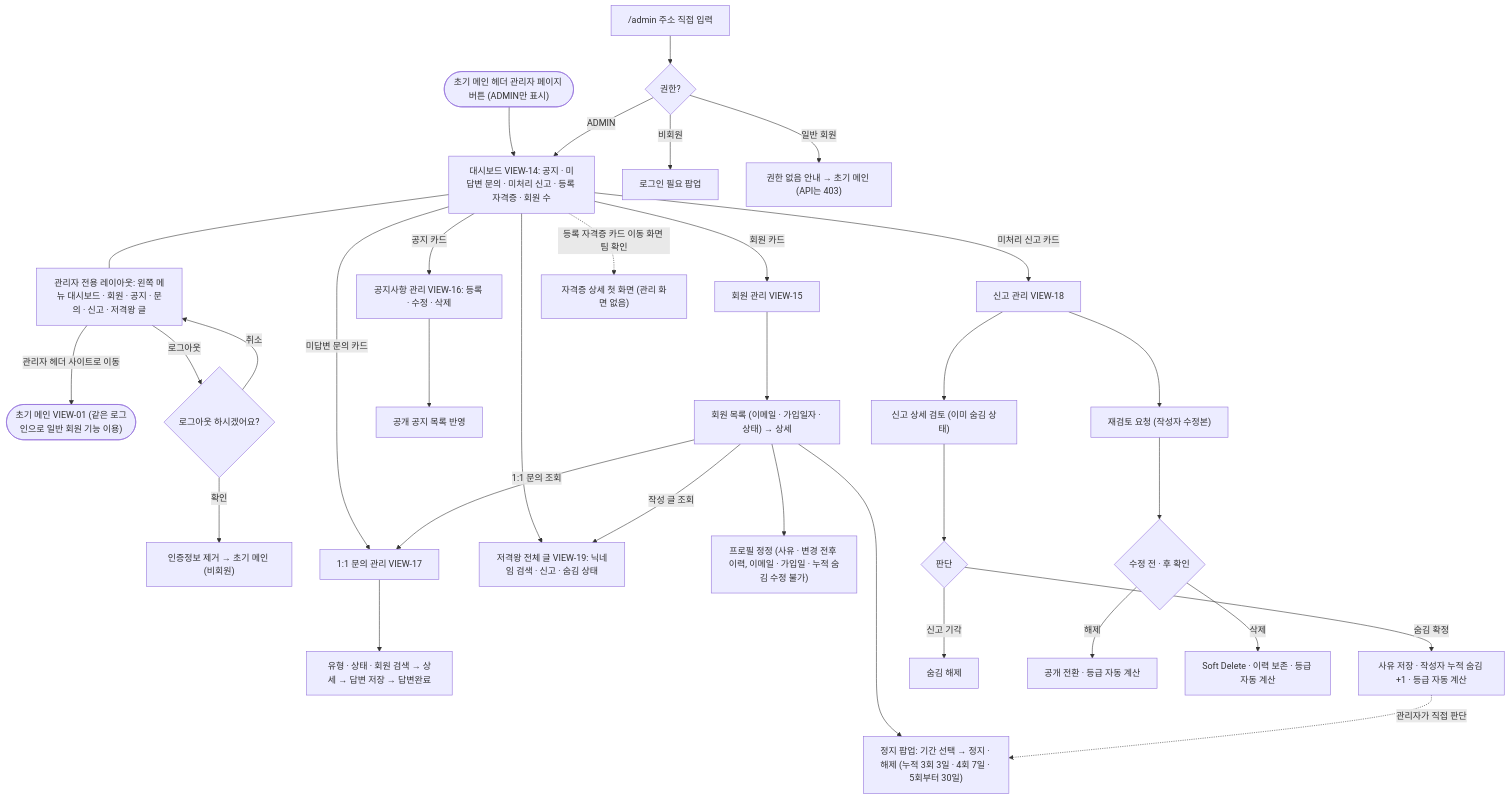
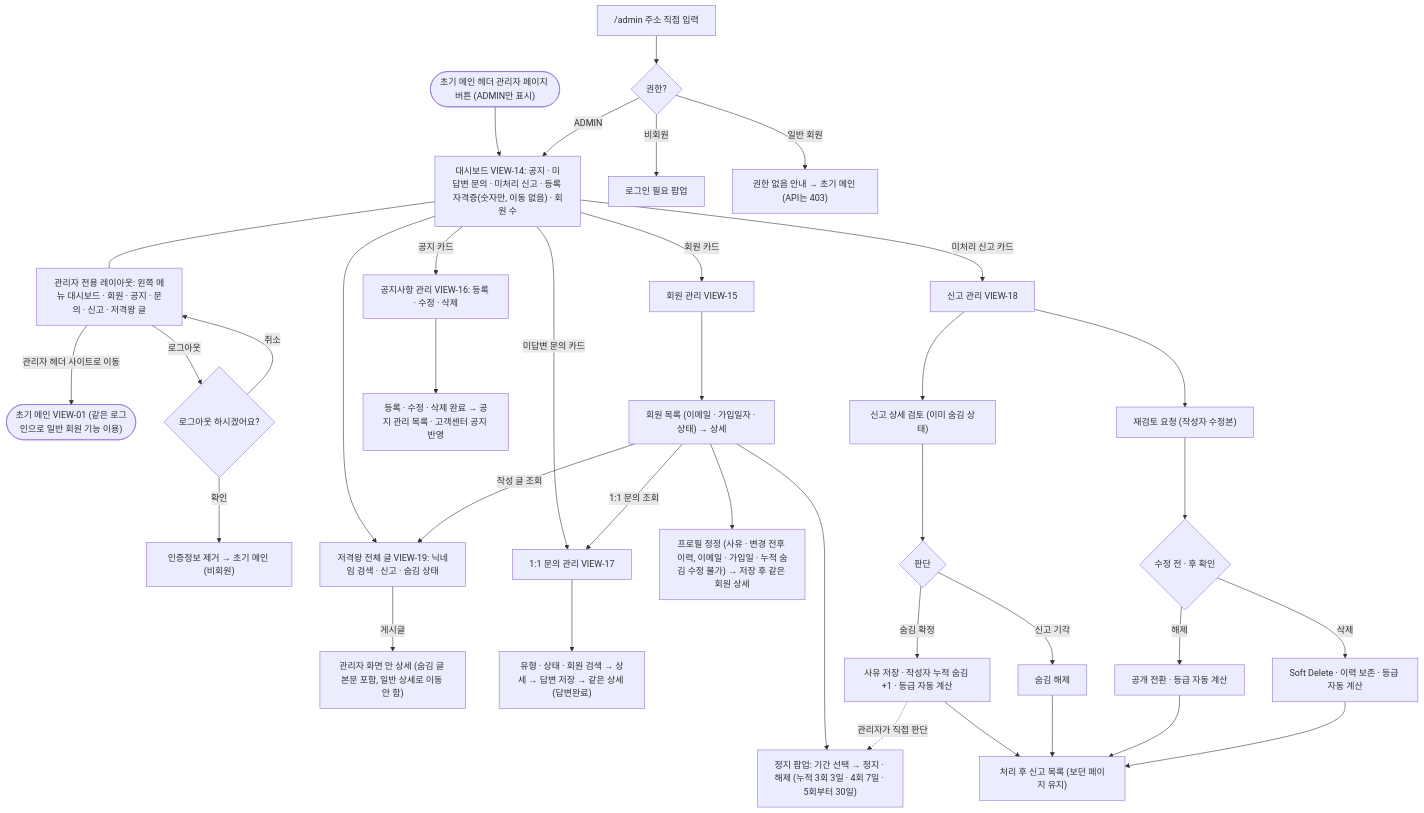
Before and after one commit to team-ap-cert-sniper/cert-sniper: the tenth of 12 diagrams in docs/FLOWCHART.md, drawn with Mermaid. The commit also changed other lines of this file and 27 other files, not shown here.

````diff
--- a/docs/FLOWCHART.md
+++ b/docs/FLOWCHART.md
@@ -344,35 +350,39 @@
 ```mermaid
 flowchart TD
-  A(["초기 메인 헤더 관리자 페이지 버튼 (ADMIN만 표시)"]) --> D["대시보드 VIEW-14: 공지 · 미답변 문의 · 미처리 신고 · 등록 자격증 · 회원 수"]
+  A(["초기 메인 헤더 관리자 페이지 버튼 (ADMIN만 표시)"]) --> D["대시보드 VIEW-14: 공지 · 미답변 문의 · 미처리 신고 · 등록 자격증(숫자만, 이동 없음) · 회원 수"]
   URL["/admin 주소 직접 입력"] --> B{"권한?"}
   B -->|비회원| NP["로그인 필요 팝업"]
   B -->|일반 회원| N["권한 없음 안내 → 초기 메인 (API는 403)"]
   B -->|ADMIN| D
   D --- LAY["관리자 전용 레이아웃: 왼쪽 메뉴 대시보드 · 회원 · 공지 · 문의 · 신고 · 저격왕 글"]
   LAY -->|관리자 헤더 사이트로 이동| MAIN(["초기 메인 VIEW-01 (같은 로그인으로 일반 회원 기능 이용)"])
   LAY -->|로그아웃| LO{"로그아웃 하시겠어요?"}
   LO -->|확인| OUT["인증정보 제거 → 초기 메인 (비회원)"]
   LO -->|취소| LAY
   D -->|회원 카드| U["회원 관리 VIEW-15"]
   D -->|공지 카드| NT["공지사항 관리 VIEW-16: 등록 · 수정 · 삭제"]
   D -->|미답변 문의 카드| Q["1:1 문의 관리 VIEW-17"]
   D -->|미처리 신고 카드| R["신고 관리 VIEW-18"]
-  D -.->|등록 자격증 카드 이동 화면 팀 확인| QD["자격증 상세 첫 화면 (관리 화면 없음)"]
   D --> PS["저격왕 전체 글 VIEW-19: 닉네임 검색 · 신고 · 숨김 상태"]
+  PS -->|게시글| PSD["관리자 화면 안 상세 (숨김 글 본문 포함, 일반 상세로 이동 안 함)"]
   U --> U0["회원 목록 (이메일 · 가입일자 · 상태) → 상세"]
-  U0 --> U1["프로필 정정 (사유 · 변경 전후 이력, 이메일 · 가입일 · 누적 숨김 수정 불가)"]
+  U0 --> U1["프로필 정정 (사유 · 변경 전후 이력, 이메일 · 가입일 · 누적 숨김 수정 불가) → 저장 후 같은 회원 상세"]
   U0 --> U3["정지 팝업: 기간 선택 → 정지 · 해제 (누적 3회 3일 · 4회 7일 · 5회부터 30일)"]
   U0 -->|작성 글 조회| PS
   U0 -->|1:1 문의 조회| Q
-  NT --> NT1["공개 공지 목록 반영"]
-  Q --> Q1["유형 · 상태 · 회원 검색 → 상세 → 답변 저장 → 답변완료"]
+  NT --> NT1["등록 · 수정 · 삭제 완료 → 공지 관리 목록 · 고객센터 공지 반영"]
+  Q --> Q1["유형 · 상태 · 회원 검색 → 상세 → 답변 저장 → 같은 상세 (답변완료)"]
   R --> R1["신고 상세 검토 (이미 숨김 상태)"]
   R1 --> R2{"판단"}
   R2 -->|숨김 확정| R3["사유 저장 · 작성자 누적 숨김 +1 · 등급 자동 계산"]
   R2 -->|신고 기각| R4["숨김 해제"]
+  R3 --> RL["처리 후 신고 목록 (보던 페이지 유지)"]
+  R4 --> RL
   R3 -.->|관리자가 직접 판단| U3
   R --> RV["재검토 요청 (작성자 수정본)"]
   RV --> RV1{"수정 전 · 후 확인"}
   RV1 -->|해제| RV2["공개 전환 · 등급 자동 계산"]
   RV1 -->|삭제| R5["Soft Delete · 이력 보존 · 등급 자동 계산"]
+  RV2 --> RL
+  R5 --> RL
 ```
````
